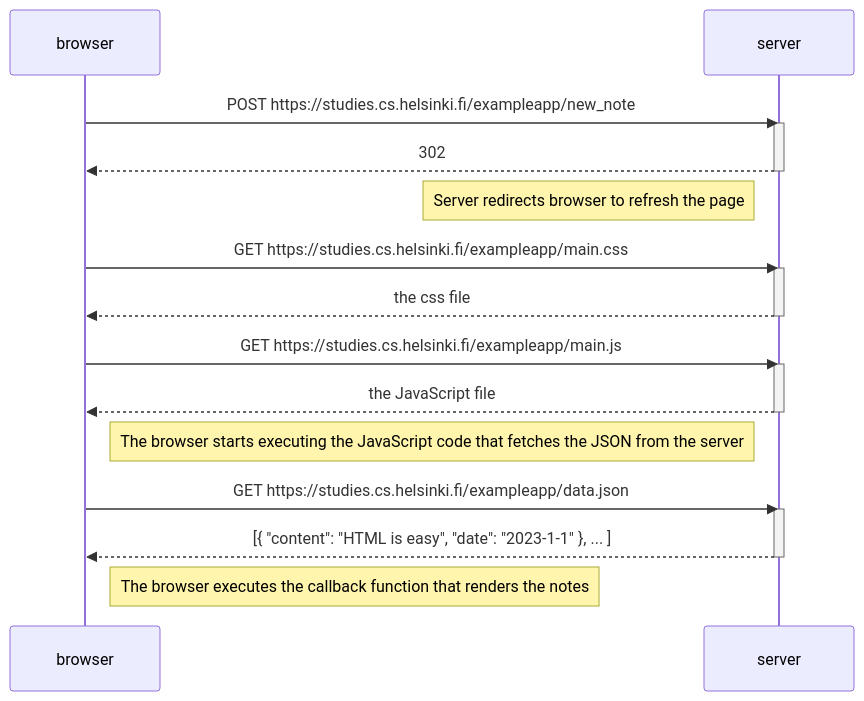
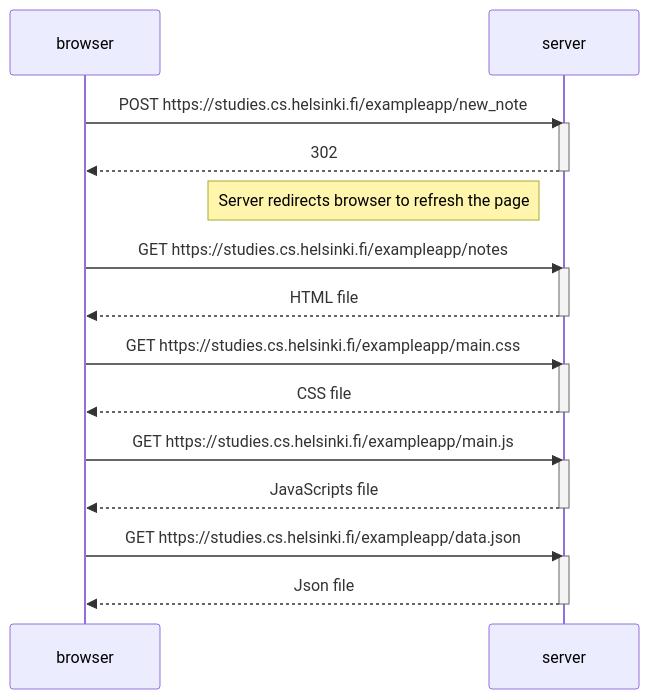
One commit to PineND/Full-Stack-Open changed the diagram in Part0/Part0.mermaid. Above: the diagram before and after it, drawn with Mermaid.

```diff
--- a/Part0/Part0.mermaid
+++ b/Part0/Part0.mermaid
@@ -1,29 +1,30 @@
 sequenceDiagram
     participant browser
     participant server
 
     browser->>server: POST https://studies.cs.helsinki.fi/exampleapp/new_note
     activate server
     server-->>browser: 302
     deactivate server
     Note left of server: Server redirects browser to refresh the page
 
 
+    browser->>server: GET https://studies.cs.helsinki.fi/exampleapp/notes
+    activate server
+    server-->>browser: HTML file
+    deactivate server
+
     browser->>server: GET https://studies.cs.helsinki.fi/exampleapp/main.css
     activate server
-    server-->>browser: the css file
+    server-->>browser: CSS file
     deactivate server
 
     browser->>server: GET https://studies.cs.helsinki.fi/exampleapp/main.js
     activate server
-    server-->>browser: the JavaScript file
+    server-->>browser: JavaScripts file
     deactivate server
 
-    Note right of browser: The browser starts executing the JavaScript code that fetches the JSON from the server
-
-    browser->>server: GET https://studies.cs.helsinki.fi/exampleapp/data.json
+     browser->>server: GET https://studies.cs.helsinki.fi/exampleapp/data.json
     activate server
-    server-->>browser: [{ "content": "HTML is easy", "date": "2023-1-1" }, ... ]
+    server-->>browser: Json file
     deactivate server
-
-    Note right of browser: The browser executes the callback function that renders the notes
```
